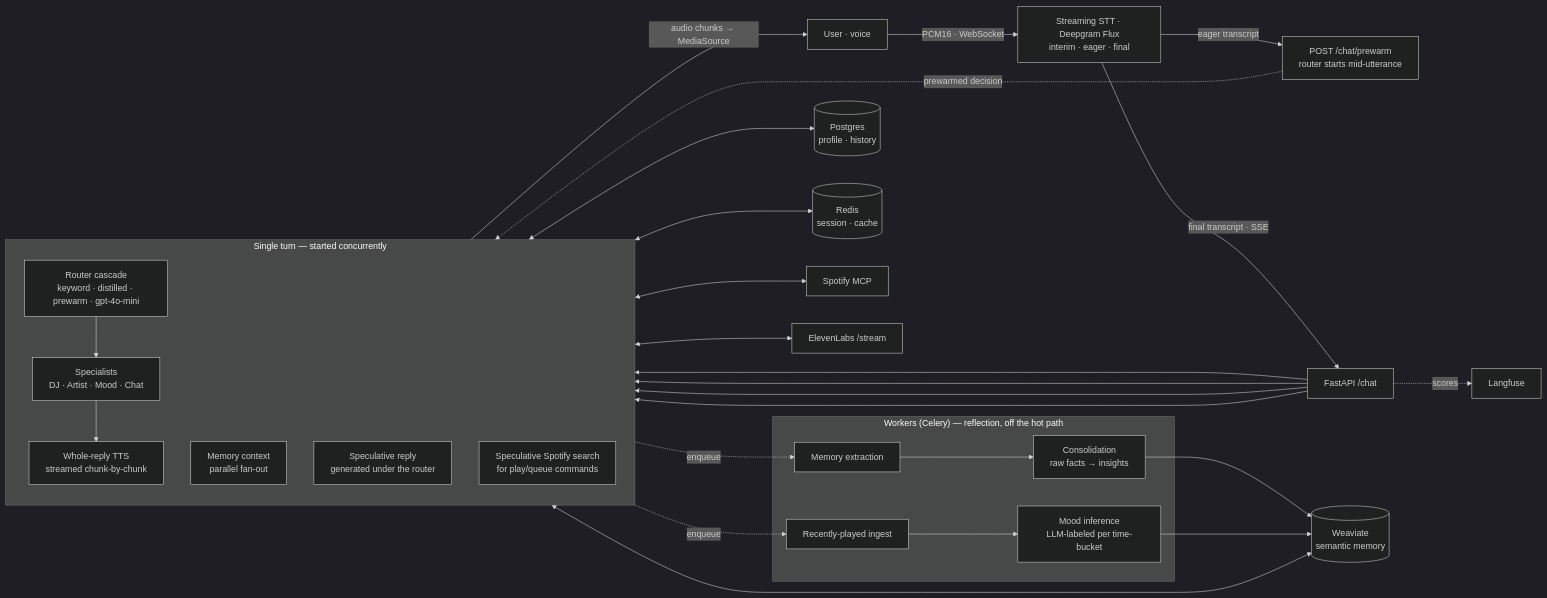
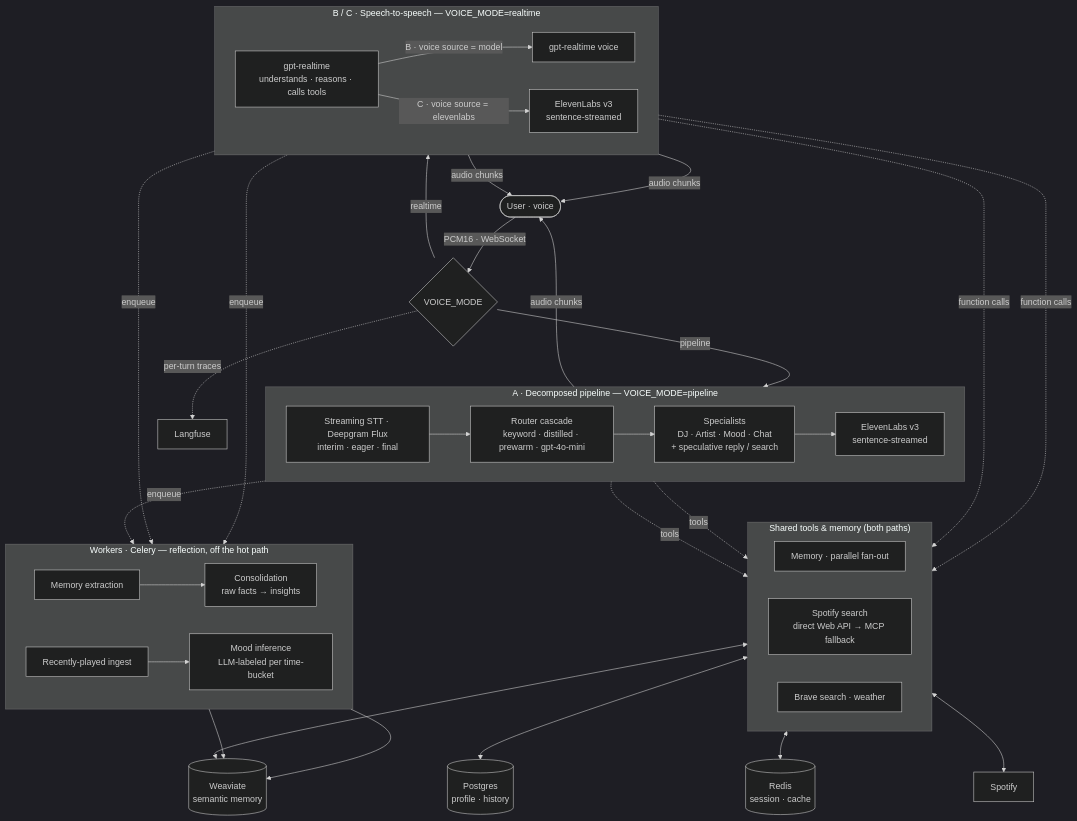
The diagram in README.md (koladefaj/gia), drawn with Mermaid (dark theme) before and after one commit. The commit also changed other lines of this file and 25 other files, not shown here.

````diff
--- a/README.md
+++ b/README.md
@@ -47,36 +34,44 @@
 ```mermaid
-flowchart LR
-    U[User · voice] -->|PCM16 · WebSocket| STT[Streaming STT · Deepgram Flux<br/>interim · eager · final]
-    STT -->|eager transcript| PRE[POST /chat/prewarm<br/>router starts mid-utterance]
-    STT -->|final transcript · SSE| API[FastAPI /chat]
+flowchart TB
+    U([User · voice]) -->|PCM16 · WebSocket| MODE{VOICE_MODE}
 
-    subgraph Turn["Single turn — started concurrently"]
-        direction TB
-        ROUTER[Router cascade<br/>keyword · distilled · prewarm · gpt-4o-mini]
-        MEM[Memory context<br/>parallel fan-out]
-        SPECREPLY[Speculative reply<br/>generated under the router]
-        SPECSEARCH[Speculative Spotify search<br/>for play/queue commands]
-        SPEC[Specialists<br/>DJ · Artist · Mood · Chat]
-        TTS[Whole-reply TTS<br/>streamed chunk-by-chunk]
+    subgraph A["A · Decomposed pipeline — VOICE_MODE=pipeline"]
+        direction LR
+        STT[Streaming STT · Deepgram Flux<br/>interim · eager · final] --> ROUTER[Router cascade<br/>keyword · distilled · prewarm · gpt-4o-mini] --> SPEC[Specialists<br/>DJ · Artist · Mood · Chat<br/>+ speculative reply / search] --> TTSA[ElevenLabs v3<br/>sentence-streamed]
     end
 
-    API --> ROUTER & MEM & SPECREPLY & SPECSEARCH
-    PRE -.prewarmed decision.-> ROUTER
-    ROUTER --> SPEC --> TTS -->|audio chunks → MediaSource| U
+    subgraph RT["B / C · Speech-to-speech — VOICE_MODE=realtime"]
+        direction LR
+        GPT[gpt-realtime<br/>understands · reasons · calls tools] -->|B · voice source = model| MV[gpt-realtime voice]
+        GPT -->|C · voice source = elevenlabs| TTSC[ElevenLabs v3<br/>sentence-streamed]
+    end
 
+    MODE -->|pipeline| STT
+    MODE -->|realtime| GPT
+    TTSA & MV & TTSC -->|audio chunks| U
+
+    SPEC -. tools .-> MEM
+    GPT -. function calls .-> MEM
+    SPEC -. tools .-> SEARCH
+    GPT -. function calls .-> SEARCH
+    subgraph SVC["Shared tools & memory (both paths)"]
+        direction LR
+        MEM[Memory · parallel fan-out]
+        SEARCH[Spotify search<br/>direct Web API → MCP fallback]
+        BRV[Brave search · weather]
+    end
     MEM <--> WV[(Weaviate<br/>semantic memory)]
     MEM <--> PG[(Postgres<br/>profile · history)]
     MEM <--> RD[(Redis<br/>session · cache)]
-    SPEC <--> MCP[Spotify MCP]
-    TTS <--> EL[ElevenLabs /stream]
+    SEARCH <--> SPOT[Spotify]
 
-    subgraph Background["Workers (Celery) — reflection, off the hot path"]
+    subgraph BG["Workers · Celery — reflection, off the hot path"]
+        direction LR
         EXT[Memory extraction] --> CONS[Consolidation<br/>raw facts → insights]
         ING[Recently-played ingest] --> MOOD[Mood inference<br/>LLM-labeled per time-bucket]
     end
-
-    TTS -.enqueue.-> EXT & ING
+    TTSA & MV & TTSC -. enqueue .-> EXT
     CONS --> WV
     MOOD --> WV
-    API -.scores.-> LF[Langfuse]
+    MODE -. per-turn traces .-> LF[Langfuse]
 ```
````
